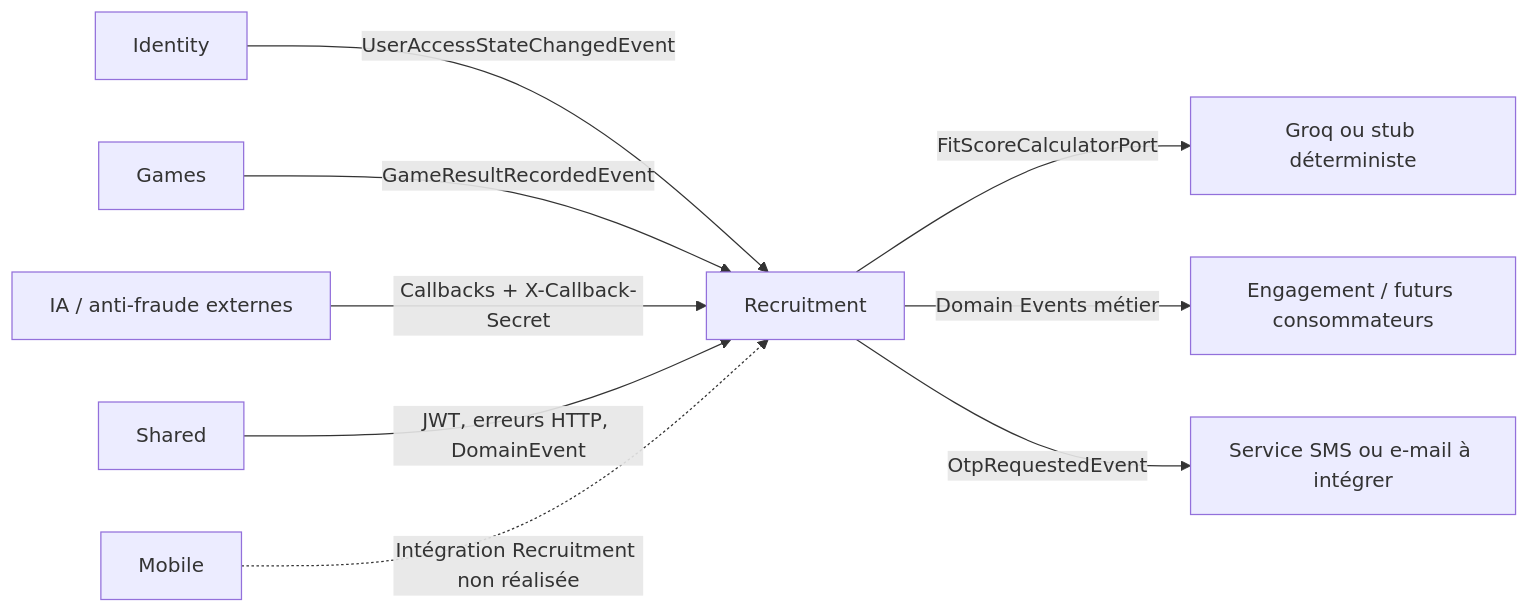
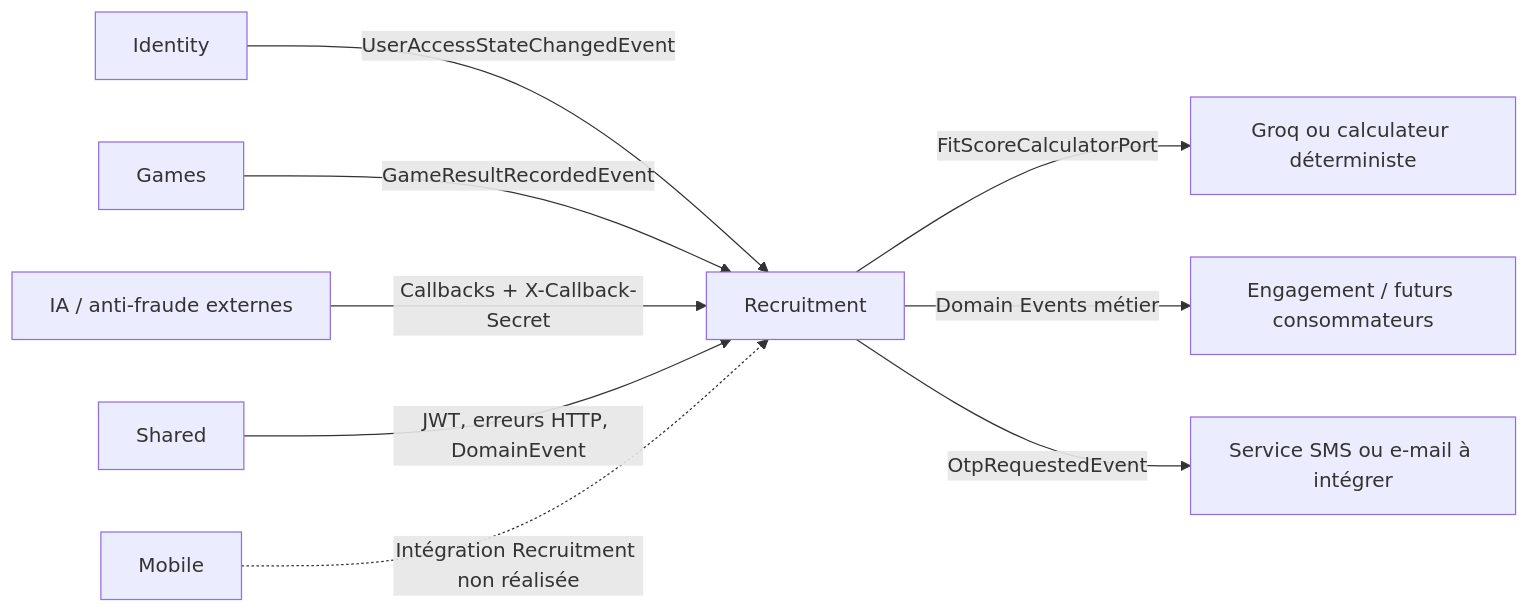
Before and after one commit to charrada-amine/zennyt-project: the diagram in RECRUITMENT_MODULE.md, drawn with Mermaid. The commit also changed other lines of this file, not shown here.

First line of the commit message:
docs(recruitment): update module doc for Fit Score Track B work

````diff
--- a/RECRUITMENT_MODULE.md
+++ b/RECRUITMENT_MODULE.md
@@ -40,11 +45,11 @@
 ```mermaid
 flowchart LR
     I["Identity"] -->|"UserAccessStateChangedEvent"| R["Recruitment"]
     G["Games"] -->|"GameResultRecordedEvent"| R
-    R -->|"FitScoreCalculatorPort"| A["Groq ou stub déterministe"]
+    R -->|"FitScoreCalculatorPort"| A["Groq ou calculateur déterministe"]
     R -->|"Domain Events métier"| E["Engagement / futurs consommateurs"]
     R -->|"OtpRequestedEvent"| D["Service SMS ou e-mail à intégrer"]
     X["IA / anti-fraude externes"] -->|"Callbacks + X-Callback-Secret"| R
     S["Shared"] -->|"JWT, erreurs HTTP, DomainEvent"| R
     M["Mobile"] -.->|"Intégration Recruitment non réalisée"| R
 ```
````
